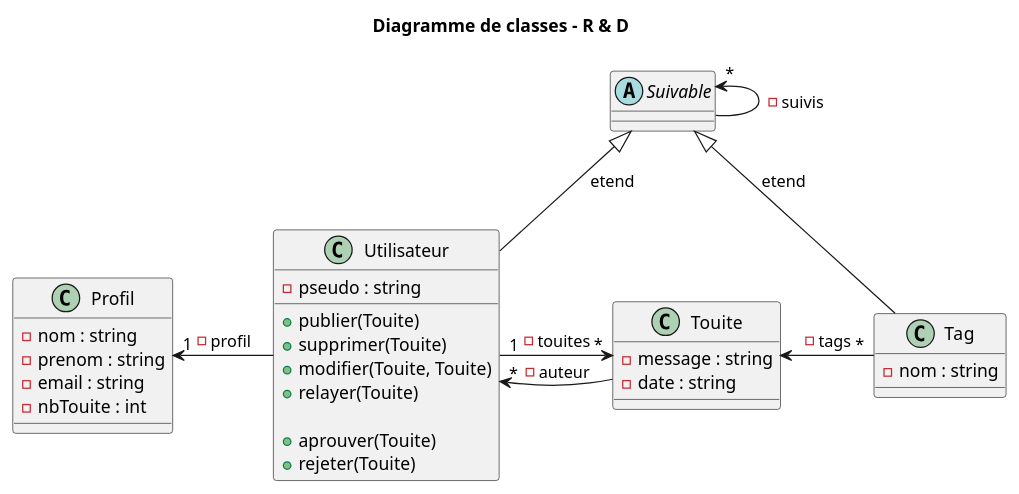
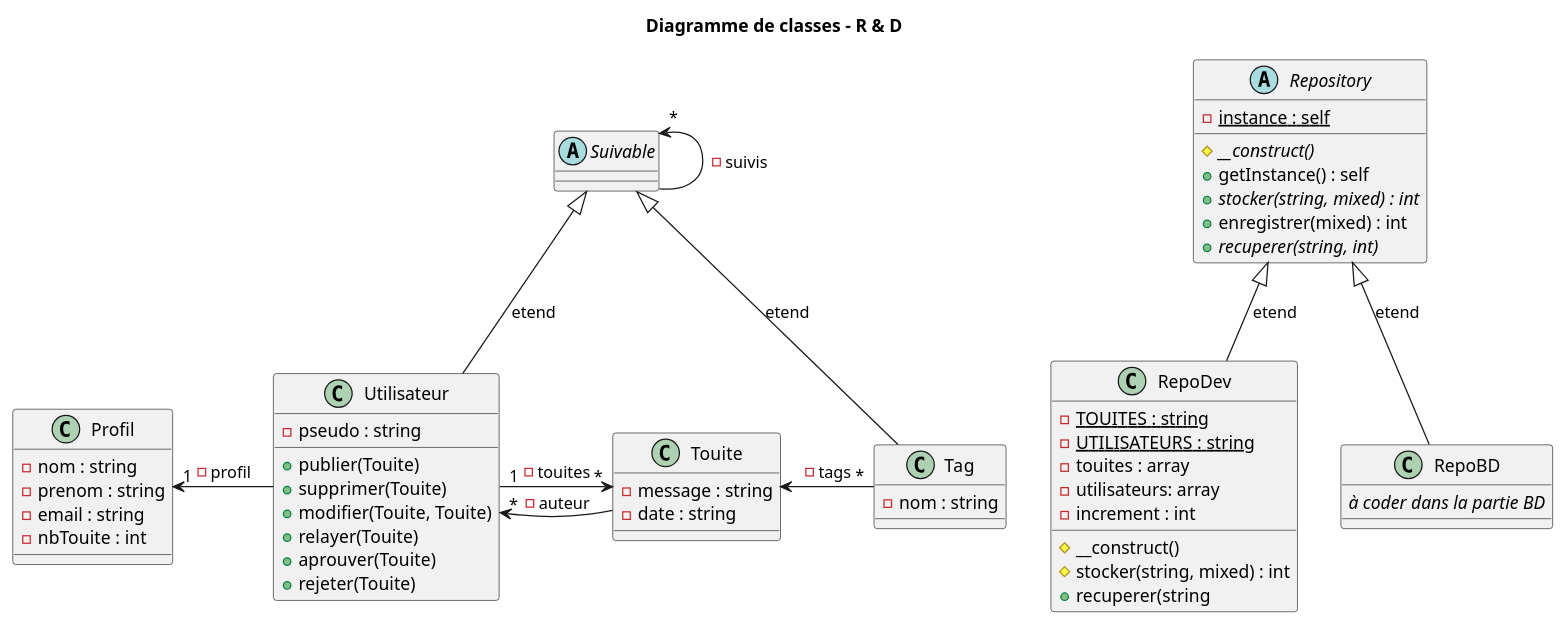
The diagram in doc/diag-classe.puml (pierre-gallois/touiteur-app), drawn with PlantUML before and after one commit. The commit also changed 3 other files, not shown here.

```diff
--- a/doc/diag-classe.puml
+++ b/doc/diag-classe.puml
@@ -1,54 +1,78 @@
 @startuml
 
 title "Diagramme de classes - R & D"
 
 
 class Touite {
     - message : string
     - date : string
 }
 
 class Utilisateur {
     - pseudo : string
-
 '    Publication de touites
     + publier(Touite)
     + supprimer(Touite)
     + modifier(Touite, Touite)
     + relayer(Touite)
-
 '    Evaluation de touite (like / dislike) :
     + aprouver(Touite)
     + rejeter(Touite)
 }
 
 class Profil {
     - nom : string
     - prenom : string
     - email : string
     - nbTouite : int
 }
 
 class Tag {
     - nom : string
 }
 
+
+abstract class Repository {
+    - {static} instance : self
+    # {abstract} __construct()
+    + getInstance() : self
+    + {abstract} stocker(string, mixed) : int
+    + enregistrer(mixed) : int
+    + {abstract} recuperer(string, int)
+}
+
+class RepoDev {
+    - {static} TOUITES : string
+    - {static} UTILISATEURS : string
+    - touites : array
+    - utilisateurs: array
+    - increment : int
+    # __construct()
+    # stocker(string, mixed) : int
+    + recuperer(string
+}
+class RepoBD {
+    {abstract}à coder dans la partie BD
+}
+Repository <|-- RepoDev : etend
+Repository <|-- RepoBD : etend
+
 Utilisateur "1" -> "*" Touite      : - touites
 Touite      " " <- "*" Tag         : - tags
 Utilisateur "*" <- " " Touite      : - auteur
-Profil "1" <- " "Utilisateur       : - profil
+Profil      "1" <- " " Utilisateur : - profil
 
 ' ↓ ↓ ↓ ↓ [R&D] ↓ ↓ ↓ ↓
 ' J'ai pensé au patron Observateur/Observé
 ' Mais je ne sais pas finalement
 abstract class Suivable {
 
 }
 Suivable "*" <- Suivable : - suivis
 Suivable <|-- Tag : etend
 Suivable <|-- Utilisateur: etend
 
 
 
 
 @enduml
```
